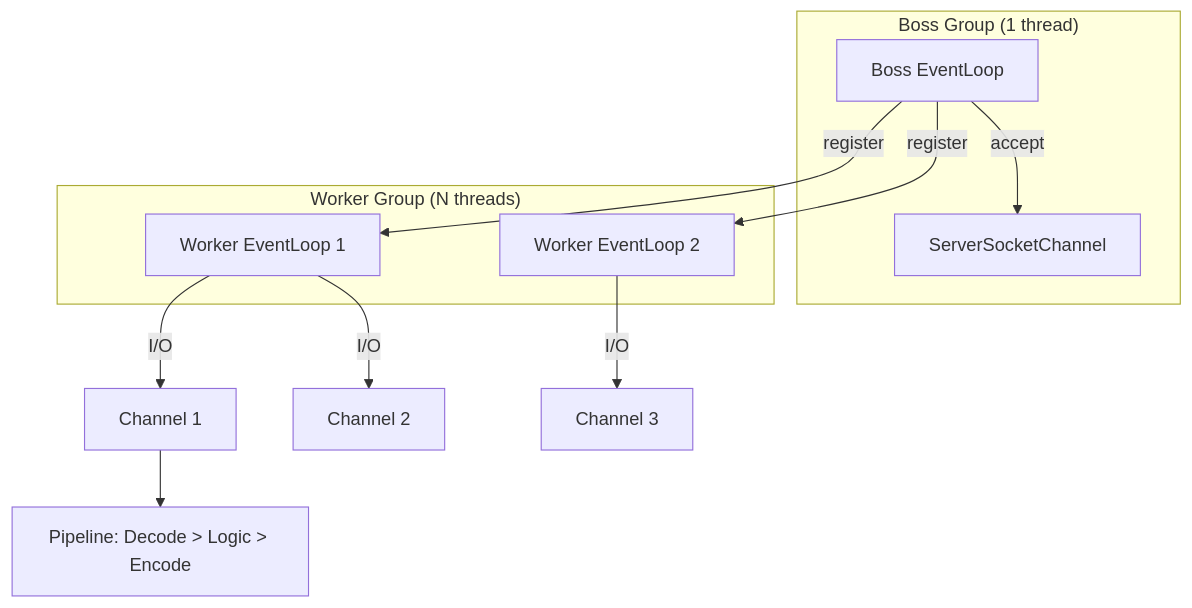
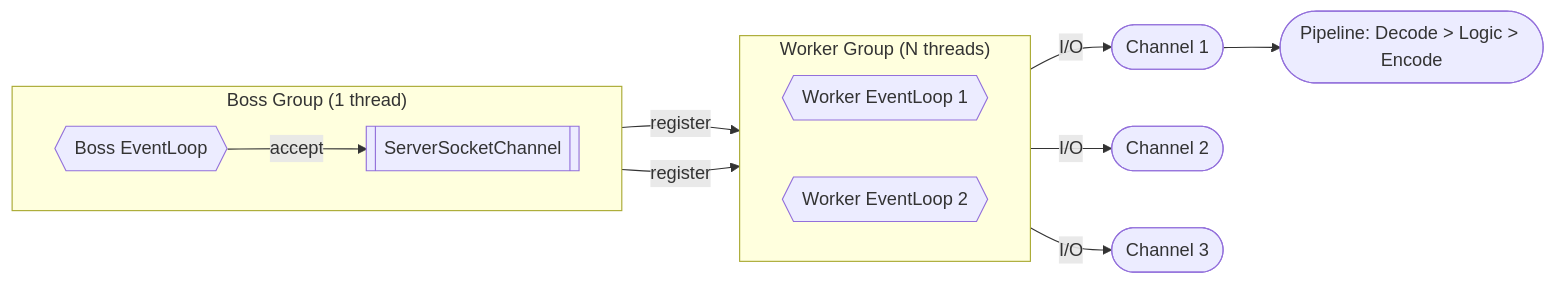
Before and after one commit to saivamsikaruturi/vamsilabs-dev-notes-main: the seventh of 8 diagrams in docs/java/NIO.md, drawn with Mermaid. The commit also changed other lines of this file and 146 other files, not shown here.

Commit message:
Horizontal diagrams, UML class diagrams, typography overhaul, and permalink cleanup

````diff
--- a/docs/java/NIO.md
+++ b/docs/java/NIO.md
@@ -240,16 +243,18 @@
 ```mermaid
-graph TD
+flowchart LR
     subgraph "Boss Group (1 thread)"
-        BOSS[Boss EventLoop] -->|accept| SSC2[ServerSocketChannel]
+        direction LR
+        BOSS{{"Boss EventLoop"}} -->|accept| SSC2[["ServerSocketChannel"]]
     end
     subgraph "Worker Group (N threads)"
-        W1[Worker EventLoop 1]
-        W2[Worker EventLoop 2]
+        direction LR
+        W1{{"Worker EventLoop 1"}}
+        W2{{"Worker EventLoop 2"}}
     end
     BOSS -->|register| W1
     BOSS -->|register| W2
-    W1 -->|I/O| CH1[Channel 1]
-    W1 -->|I/O| CH2[Channel 2]
-    W2 -->|I/O| CH3[Channel 3]
-    CH1 --> P1[Pipeline: Decode > Logic > Encode]
+    W1 -->|I/O| CH1(["Channel 1"])
+    W1 -->|I/O| CH2(["Channel 2"])
+    W2 -->|I/O| CH3(["Channel 3"])
+    CH1 --> P1(["Pipeline: Decode > Logic > Encode"])
 ```
````
